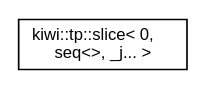
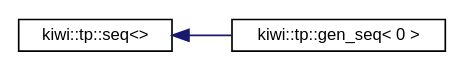
Before and after one commit to bab2min/Kiwi: the diagram in inherit_graph_42.dot, drawn with Graphviz. The commit also changed 205 other files, not shown here.

```diff
--- a/inherit_graph_42.dot
+++ b/inherit_graph_42.dot
@@ -1,8 +1,10 @@
 digraph "Graphical Class Hierarchy"
 {
  // LATEX_PDF_SIZE
   edge [fontname="Helvetica",fontsize="10",labelfontname="Helvetica",labelfontsize="10"];
   node [fontname="Helvetica",fontsize="10",shape=record];
   rankdir="LR";
-  Node0 [label="kiwi::tp::slice\< 0,\l seq\<\>, _j... \>",height=0.2,width=0.4,color="black", fillcolor="white", style="filled",URL="$structkiwi_1_1tp_1_1slice_3_010_00_01seq_3_4_00_01__j_8_8_8_01_4.html",tooltip=" "];
+  Node0 [label="kiwi::tp::seq\<\>",height=0.2,width=0.4,color="black", fillcolor="white", style="filled",URL="$structkiwi_1_1tp_1_1seq.html",tooltip=" "];
+  Node0 -> Node1 [dir="back",color="midnightblue",fontsize="10",style="solid",fontname="Helvetica"];
+  Node1 [label="kiwi::tp::gen_seq\< 0 \>",height=0.2,width=0.4,color="black", fillcolor="white", style="filled",URL="$structkiwi_1_1tp_1_1gen__seq_3_010_01_4.html",tooltip=" "];
 }
```
